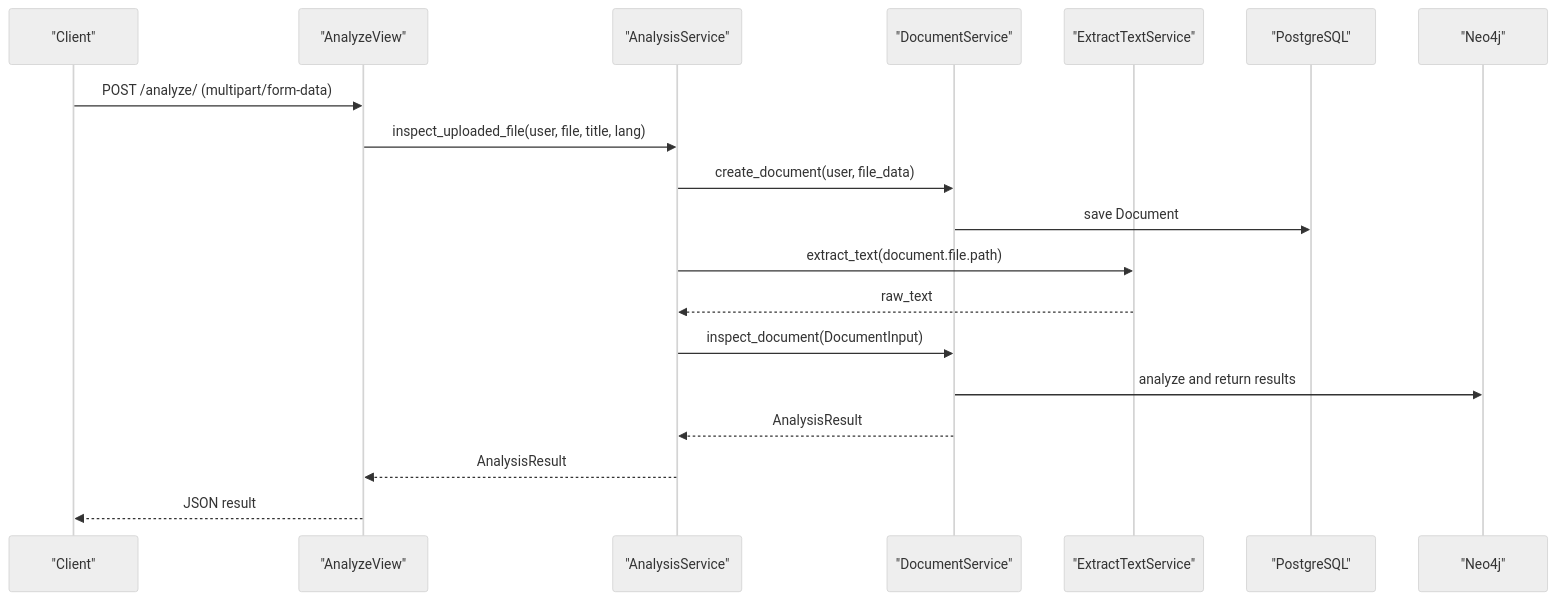
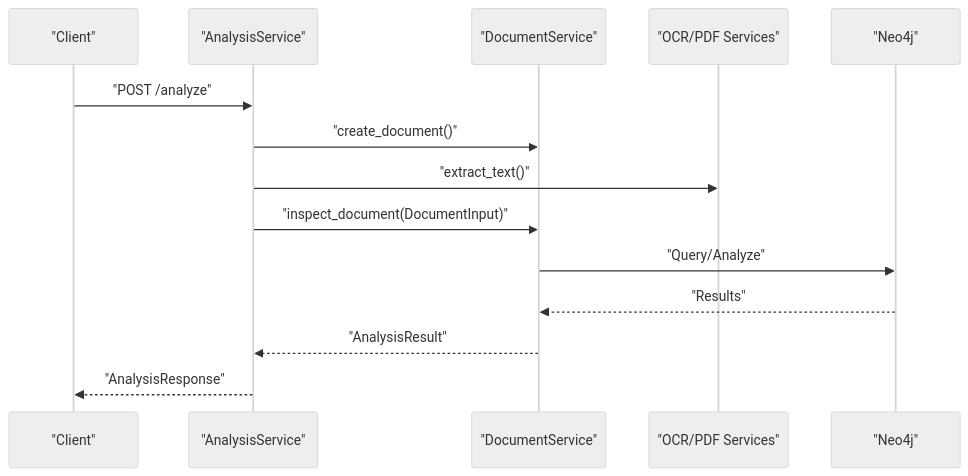
One commit to HamzaHindo/veritasshield changed the fifth of 7 diagrams in backend/.qoder/repowiki/en/content/Project Overview/Project Overview.md. Above: the diagram before and after it, drawn with Mermaid (neutral theme). The commit also changed other lines of this file and 49 other files, not shown here.

````diff
--- a/backend/.qoder/repowiki/en/content/Project Overview/Project Overview.md
+++ b/backend/.qoder/repowiki/en/content/Project Overview/Project Overview.md
@@ -258,21 +234,16 @@
 ```mermaid
 sequenceDiagram
-participant C as "Client"
-participant AV as "AnalyzeView"
-participant AS as "AnalysisService"
-participant DS as "DocumentService"
-participant OCR as "ExtractTextService"
-participant DB as "PostgreSQL"
-participant KG as "Neo4j"
-C->>AV : POST /analyze/ (multipart/form-data)
-AV->>AS : inspect_uploaded_file(user, file, title, lang)
-AS->>DS : create_document(user, file_data)
-DS->>DB : save Document
-AS->>OCR : extract_text(document.file.path)
-OCR-->>AS : raw_text
-AS->>DS : inspect_document(DocumentInput)
-DS->>KG : analyze and return results
-DS-->>AS : AnalysisResult
-AS-->>AV : AnalysisResult
-AV-->>C : JSON result
+participant Client as "Client"
+participant API as "AnalysisService"
+participant Files as "DocumentService"
+participant OCR as "OCR/PDF Services"
+participant Graph as "Neo4j"
+Client->>API : "POST /analyze"
+API->>Files : "create_document()"
+API->>OCR : "extract_text()"
+API->>Files : "inspect_document(DocumentInput)"
+Files->>Graph : "Query/Analyze"
+Graph-->>Files : "Results"
+Files-->>API : "AnalysisResult"
+API-->>Client : "AnalysisResponse"
 ```
````
